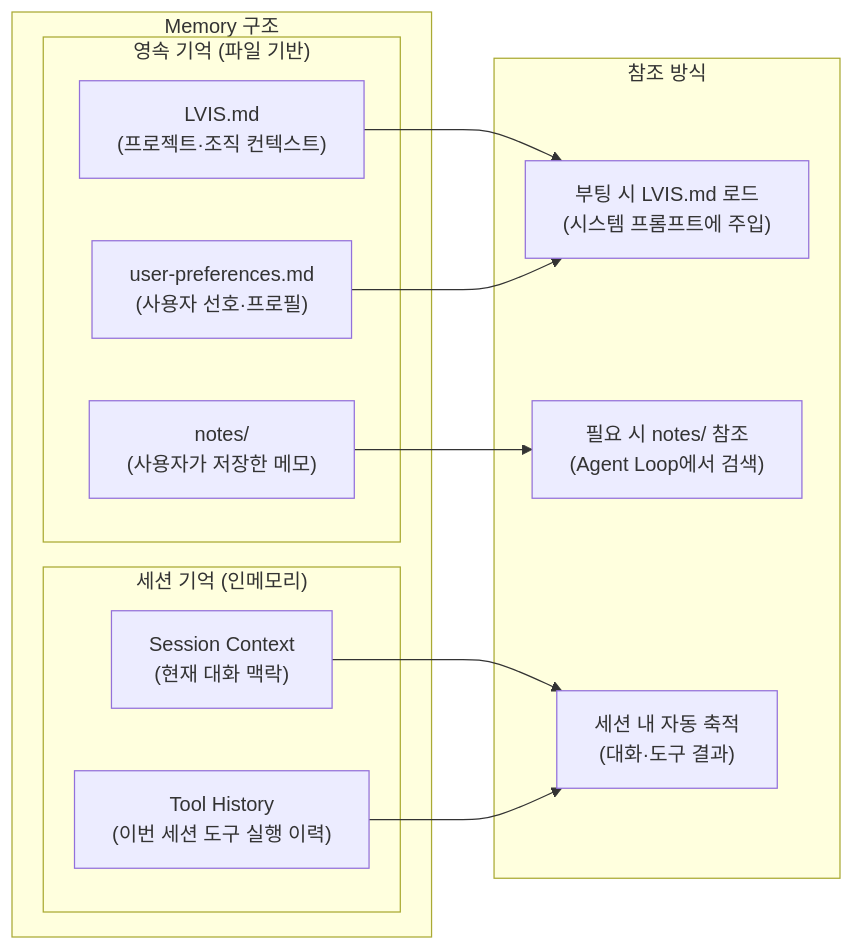
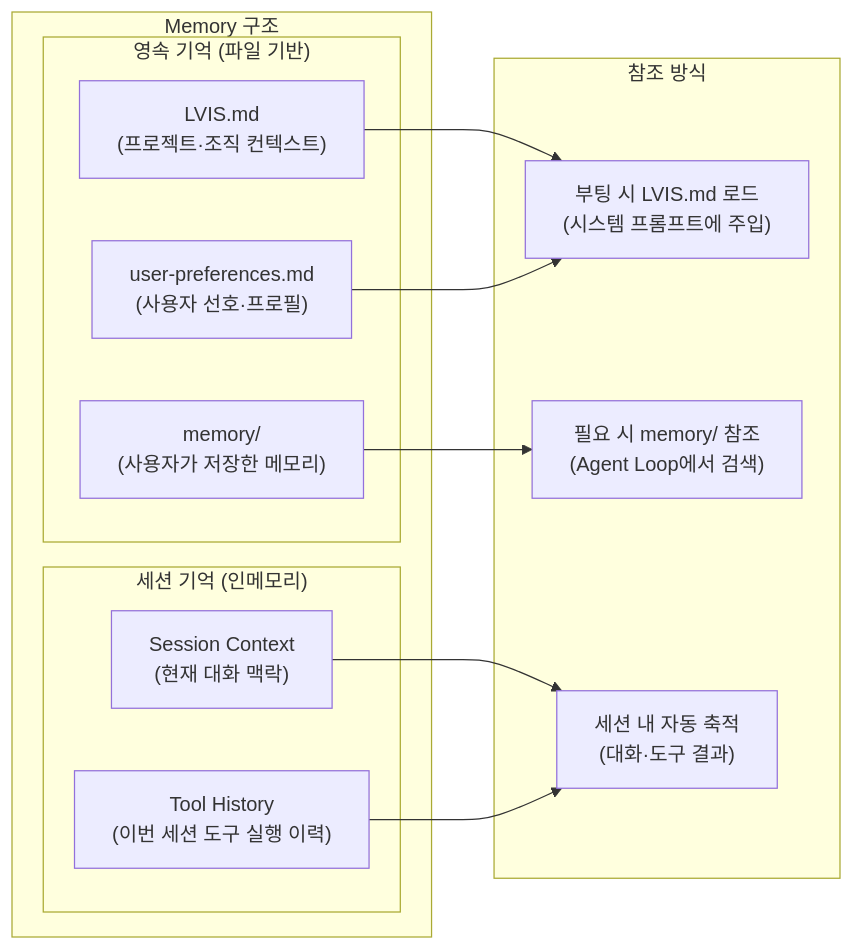
Diagram 16 of 44 in docs/architecture/architecture.md (lvis-project/lvis-app), drawn with Mermaid before and after one commit. The commit also changed other lines of this file and 56 other files, not shown here.

````diff
--- a/docs/architecture/architecture.md
+++ b/docs/architecture/architecture.md
@@ -1242,27 +1242,27 @@
 ```mermaid
 graph LR
     subgraph "Memory 구조"
         subgraph "영속 기억 (파일 기반)"
             LVIS_MD["LVIS.md<br/>(프로젝트·조직 컨텍스트)"]
             USER_MD["user-preferences.md<br/>(사용자 선호·프로필)"]
-            NOTES_DIR["notes/<br/>(사용자가 저장한 메모)"]
+            NOTES_DIR["memory/<br/>(사용자가 저장한 메모리)"]
         end
 
         subgraph "세션 기억 (인메모리)"
             SESSION_CTX["Session Context<br/>(현재 대화 맥락)"]
             TOOL_HISTORY["Tool History<br/>(이번 세션 도구 실행 이력)"]
         end
     end
 
     subgraph "참조 방식"
         BOOT_LOAD["부팅 시 LVIS.md 로드<br/>(시스템 프롬프트에 주입)"]
-        ON_DEMAND["필요 시 notes/ 참조<br/>(Agent Loop에서 검색)"]
+        ON_DEMAND["필요 시 memory/ 참조<br/>(Agent Loop에서 검색)"]
         SESSION_AUTO["세션 내 자동 축적<br/>(대화·도구 결과)"]
     end
 
     LVIS_MD --> BOOT_LOAD
     USER_MD --> BOOT_LOAD
     NOTES_DIR --> ON_DEMAND
     SESSION_CTX --> SESSION_AUTO
     TOOL_HISTORY --> SESSION_AUTO
 ```
````
